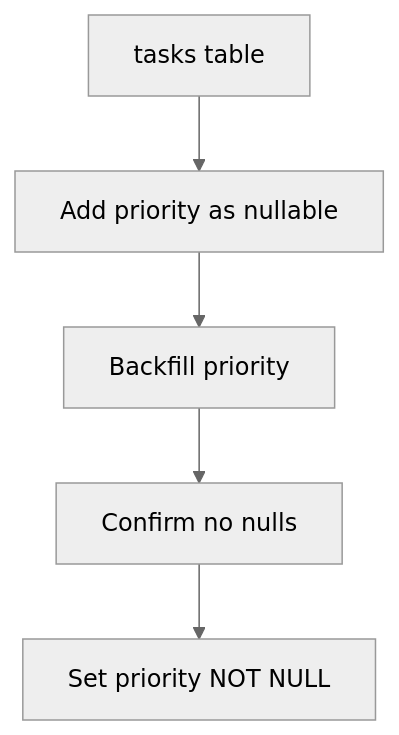
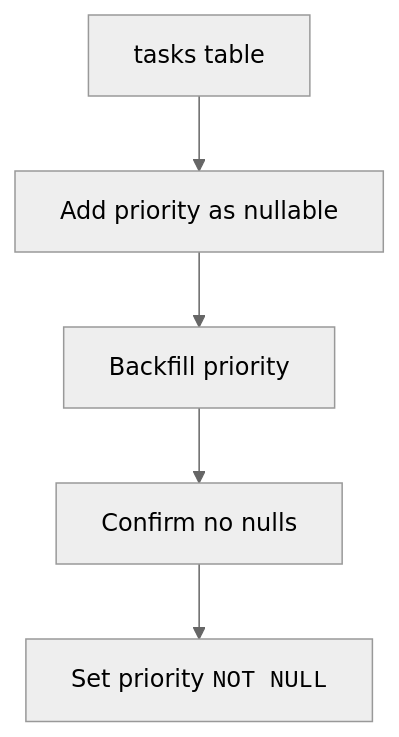
One commit to dataslope/dataslope changed the third of 8 diagrams in content/courses/database-design-postgresql/evolving-schemas-safely.mdx. Above: the diagram before and after it, drawn with Mermaid (neutral theme). The commit also changed 52 other files, not shown here.

First line of the commit message:
Set SQL keywords in mermaid labels as code, and 10 more breakdowns

````diff
--- a/content/courses/database-design-postgresql/evolving-schemas-safely.mdx
+++ b/content/courses/database-design-postgresql/evolving-schemas-safely.mdx
@@ -111,7 +111,7 @@
 ```mermaid
 flowchart TD
     Start["tasks table"] --> Nullable["Add priority as nullable"]
     Nullable --> Fill["Backfill priority"]
     Fill --> Check["Confirm no nulls"]
-    Check --> Required["Set priority NOT NULL"]
+    Check --> Required["Set priority <code>NOT NULL</code>"]
 ```
````
